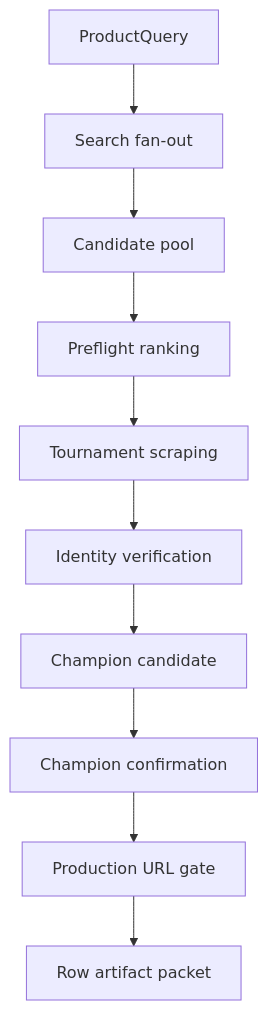
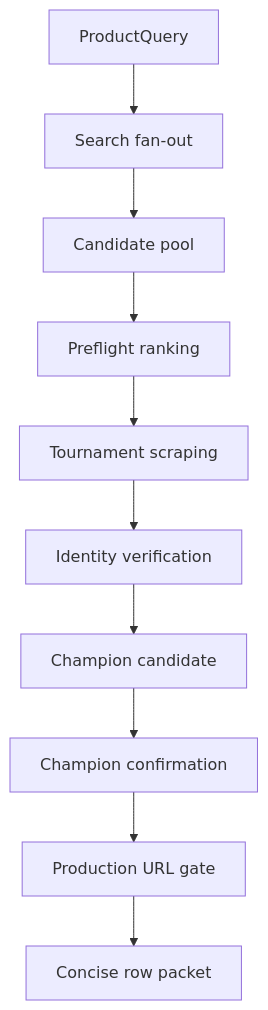
The second of 5 diagrams in docs/NOTEBOOK_GATEWAY.md (Akilankm/web_search_tool), drawn with Mermaid before and after one commit. The commit also changed other lines of this file, not shown here.

Commit message:
Update notebook gateway for concise review notebook

````diff
--- a/docs/NOTEBOOK_GATEWAY.md
+++ b/docs/NOTEBOOK_GATEWAY.md
@@ -35,12 +38,12 @@
 ```mermaid
 flowchart TD
     A[ProductQuery] --> B[Search fan-out]
     B --> C[Candidate pool]
     C --> D[Preflight ranking]
     D --> E[Tournament scraping]
     E --> F[Identity verification]
     F --> G[Champion candidate]
     G --> H[Champion confirmation]
     H --> I[Production URL gate]
-    I --> J[Row artifact packet]
+    I --> J[Concise row packet]
 ```
````
